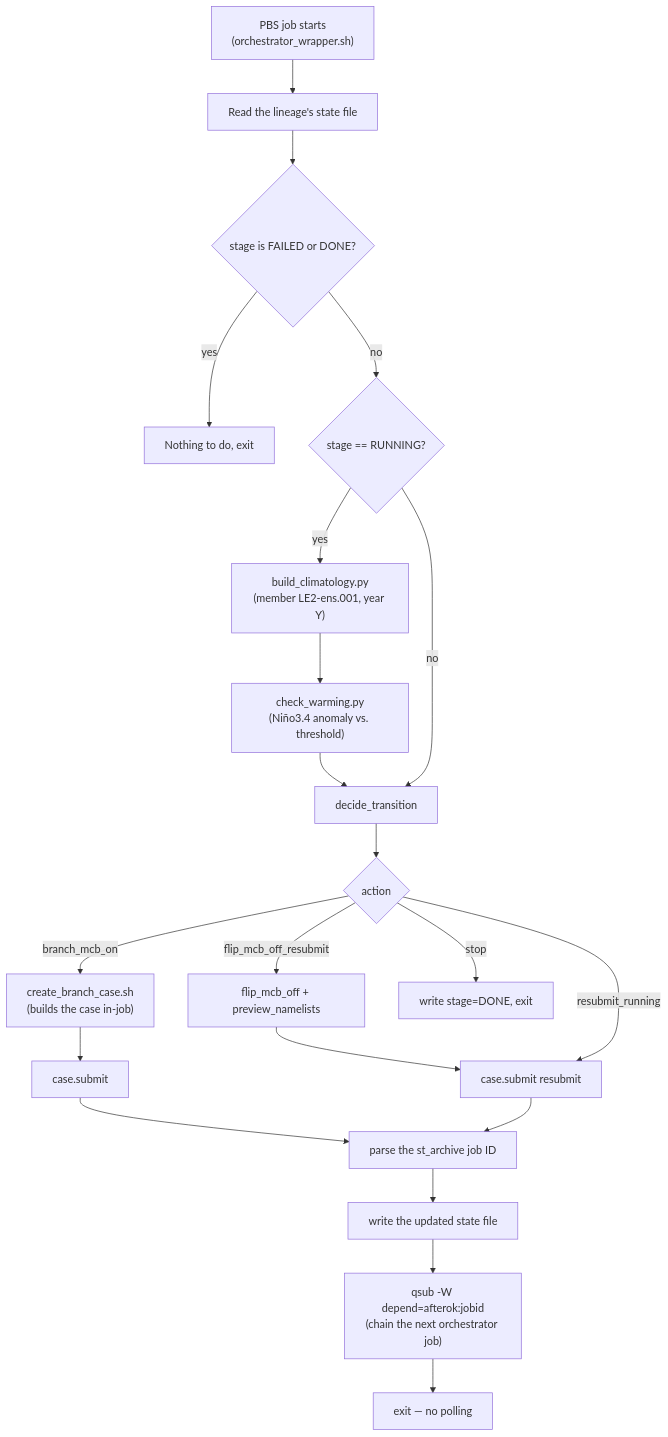
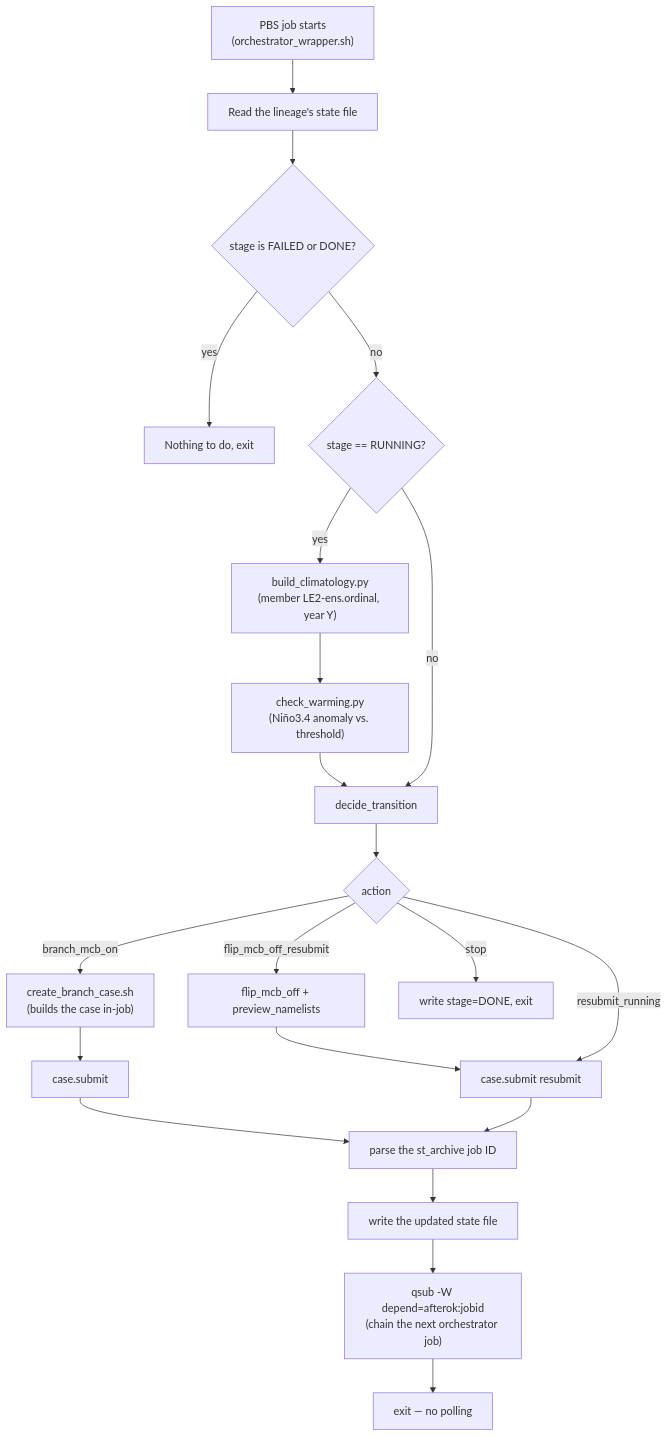
One commit to jbrzensk/ENSO_CESM changed the second of 2 diagrams in WORKFLOW.md. Above: the diagram before and after it, drawn with Mermaid. The commit also changed 10 other files, not shown here.

````diff
--- a/WORKFLOW.md
+++ b/WORKFLOW.md
@@ -89,23 +89,23 @@
 ```mermaid
 flowchart TD
     A["PBS job starts\n(orchestrator_wrapper.sh)"] --> B[Read the lineage's state file]
     B --> C{stage is FAILED or DONE?}
     C -- yes --> Z[Nothing to do, exit]
     C -- no --> D{stage == RUNNING?}
-    D -- yes --> E["build_climatology.py\n(member LE2-ens.001, year Y)"]
+    D -- yes --> E["build_climatology.py\n(member LE2-ens.ordinal, year Y)"]
     E --> F["check_warming.py\n(Niño3.4 anomaly vs. threshold)"]
     F --> G[decide_transition]
     D -- no --> G
     G --> H{action}
     H -- branch_mcb_on --> I["create_branch_case.sh\n(builds the case in-job)"]
     I --> J[case.submit]
     H -- flip_mcb_off_resubmit --> K["flip_mcb_off + preview_namelists"]
     K --> L[case.submit resubmit]
     H -- resubmit_running --> L
     H -- stop --> M["write stage=DONE, exit"]
     J --> N[parse the st_archive job ID]
     L --> N
     N --> O[write the updated state file]
     O --> P["qsub -W depend=afterok:jobid\n(chain the next orchestrator job)"]
     P --> Q[exit — no polling]
 ```
````
